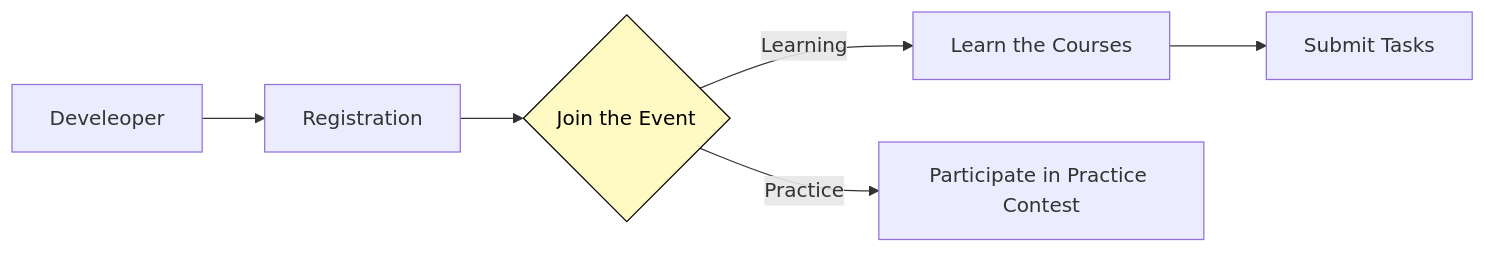
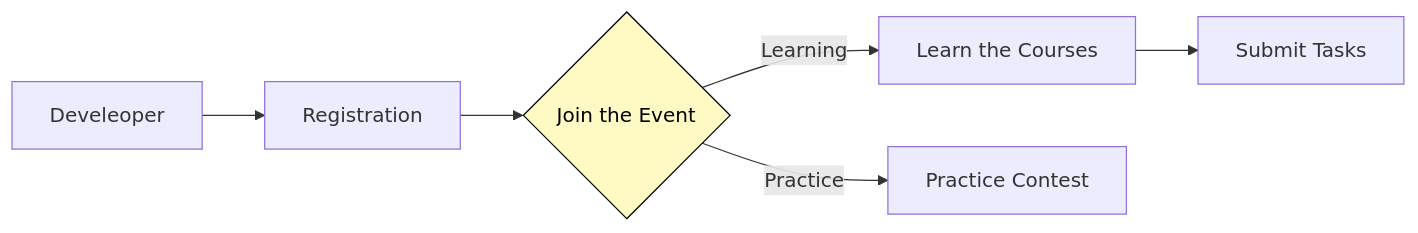
Before and after one commit to zyprexh/Arweave-Academy: the diagram in README.md, drawn with Mermaid. The commit also changed other lines of this file, not shown here.

Commit message:
Readme update

````diff
--- a/README.md
+++ b/README.md
@@ -33,19 +33,23 @@
 ```mermaid
 flowchart LR
     A[Develeoper] --> B[Registration]
     B --> C{Join the Event}
     
     C -->| Learning | D[Learn the Courses] --> E[Submit Tasks]
-    C -->| Practice | F[Participate in Practice Contest]
+    C -->| Practice | F[Practice Contest]
 
     B:::clickableLink
       class B clickableLink;
       click B "https://github.com/ArweaveOasis/Arweave-Academy#registration" "Go to Registration Step"
 
     D:::clickableLink
       class D clickableLink;
       click D "https://github.com/ArweaveOasis/Arweave-Academy#course-guideline" "Go to Course Guideline Step"
     
+    E:::clickableLink
+      class E clickableLink;
+      click E "https://github.com/ArweaveOasis/Arweave-Academy#task-submission" "Go to Course Guideline Step"
+
     style C fill:#FFF9C4,color:#000000,stroke:#000000
 
 ```
````
